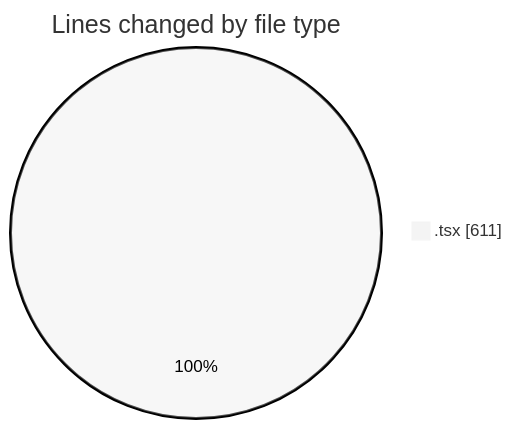
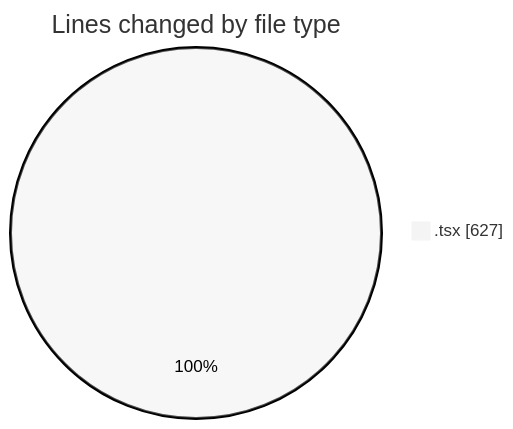
The first of 2 diagrams in 2026-04-19/airfeed-analytics-dashboard/README.md (nxtqubesakshisongat/code-tracking), drawn with Mermaid (neutral theme) before and after one commit. The commit also changed other lines of this file and 1 other file, not shown here.

````diff
--- a/2026-04-19/airfeed-analytics-dashboard/README.md
+++ b/2026-04-19/airfeed-analytics-dashboard/README.md
@@ -21,5 +21,5 @@
 ```mermaid
 pie showData
 title Lines changed by file type
-".tsx" : 611
+".tsx" : 627
 ```
````
